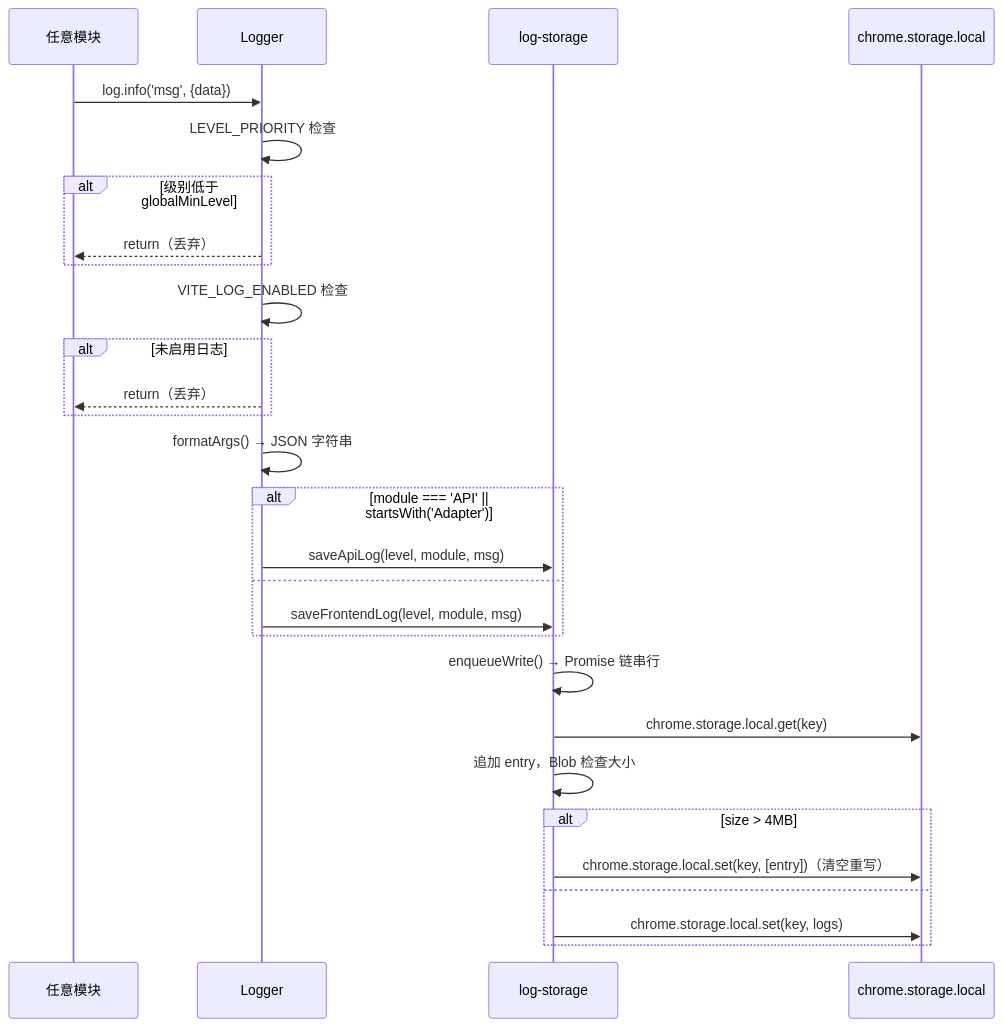
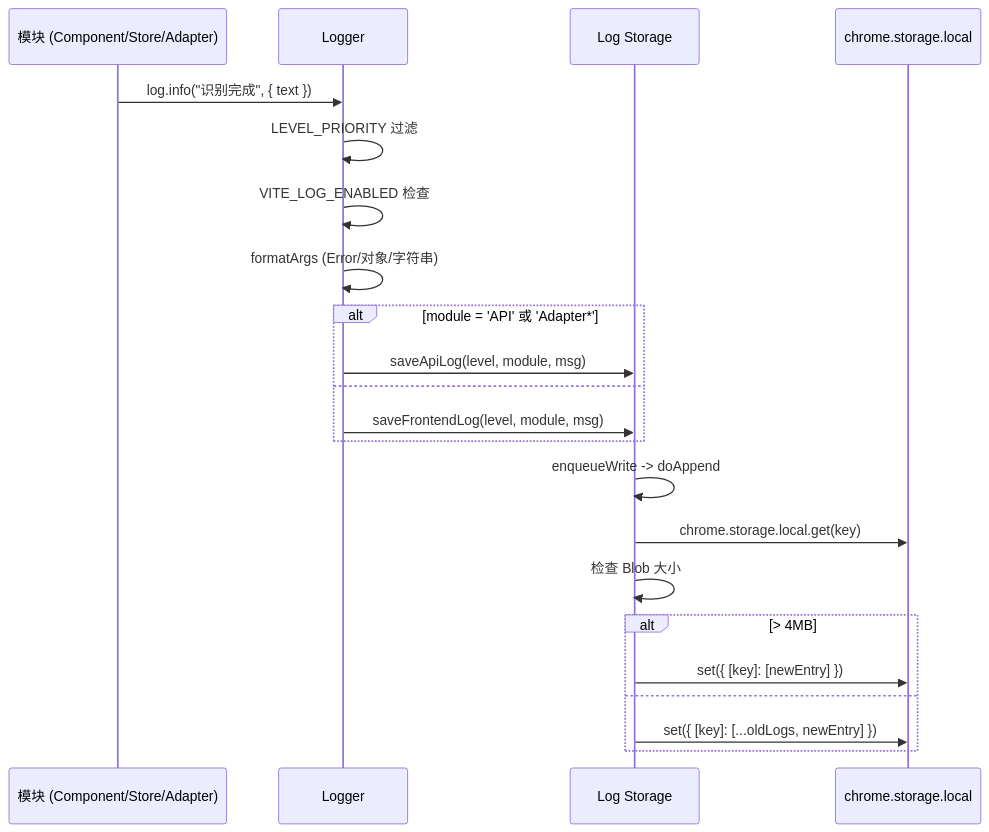
One commit to zw123zw/ai-browser changed the second of 4 diagrams in docs/architecture/utils.md. Above: the diagram before and after it, drawn with Mermaid. The commit also changed other lines of this file and 13 other files, not shown here.

````diff
--- a/docs/architecture/utils.md
+++ b/docs/architecture/utils.md
@@ -532,34 +396,25 @@
 ```mermaid
 sequenceDiagram
-    participant Mod as 任意模块
-    participant Log as Logger
-    participant LS as log-storage
+    participant M as 模块 (Component/Store/Adapter)
+    participant L as Logger
+    participant LS as Log Storage
     participant CS as chrome.storage.local
 
-    Mod->>Log: log.info('msg', {data})
-    Log->>Log: LEVEL_PRIORITY 检查
-    alt 级别低于 globalMinLevel
-        Log-->>Mod: return（丢弃）
+    M->>L: log.info("识别完成", { text })
+    L->>L: LEVEL_PRIORITY 过滤
+    L->>L: VITE_LOG_ENABLED 检查
+    L->>L: formatArgs (Error/对象/字符串)
+    alt module = 'API' 或 'Adapter*'
+        L->>LS: saveApiLog(level, module, msg)
+    else
+        L->>LS: saveFrontendLog(level, module, msg)
     end
-    Log->>Log: VITE_LOG_ENABLED 检查
-    alt 未启用日志
-        Log-->>Mod: return（丢弃）
-    end
-    Log->>Log: formatArgs() → JSON 字符串
-
-    alt module === 'API' || startsWith('Adapter')
-        Log->>LS: saveApiLog(level, module, msg)
+    LS->>LS: enqueueWrite -> doAppend
+    LS->>CS: chrome.storage.local.get(key)
+    LS->>LS: 检查 Blob 大小
+    alt > 4MB
+        LS->>CS: set({ [key]: [newEntry] })
     else
-        Log->>LS: saveFrontendLog(level, module, msg)
-    end
-
-    LS->>LS: enqueueWrite() → Promise 链串行
-    LS->>CS: chrome.storage.local.get(key)
-    LS->>LS: 追加 entry，Blob 检查大小
-
-    alt size > 4MB
-        LS->>CS: chrome.storage.local.set(key, [entry])（清空重写）
-    else
-        LS->>CS: chrome.storage.local.set(key, logs)
+        LS->>CS: set({ [key]: [...oldLogs, newEntry] })
     end
 ```
````
